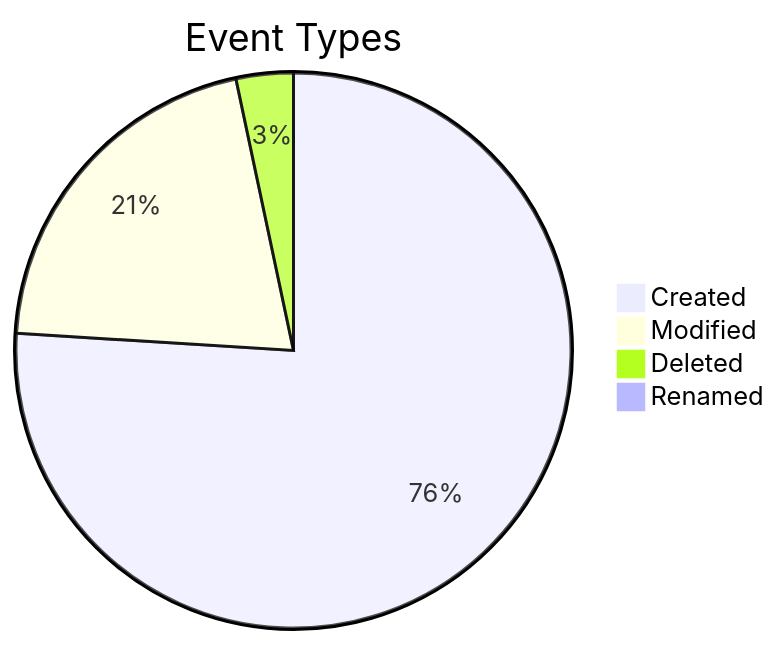
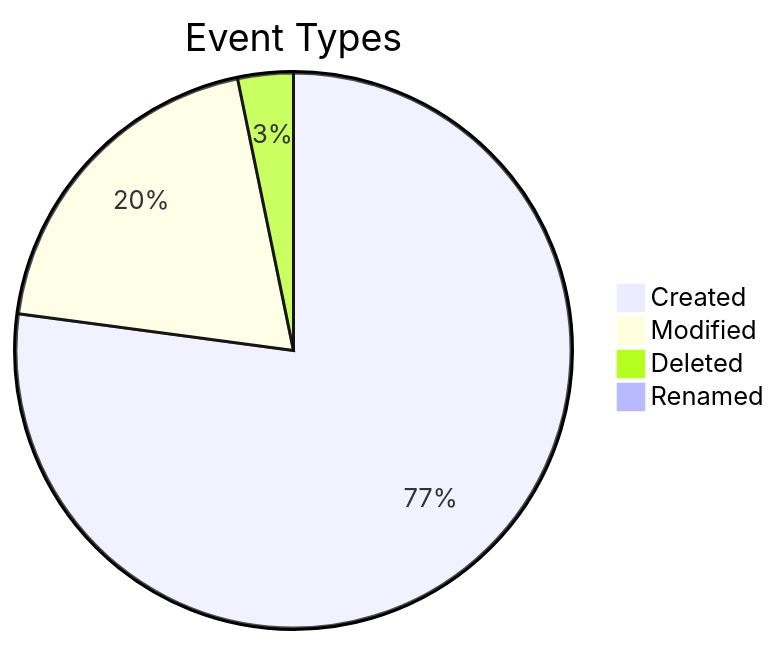
One commit to aetrigg/obsidian-universe-public changed the diagram in OBSERVATORIES/Activity Observatory.md. Above: the diagram before and after it, drawn with Mermaid. The commit also changed other lines of this file, not shown here.

````diff
--- a/OBSERVATORIES/Activity Observatory.md
+++ b/OBSERVATORIES/Activity Observatory.md
@@ -32,8 +32,8 @@
 ```mermaid
 pie
     title Event Types
-    "Created" : 19408
-    "Modified" : 5282
+    "Created" : 20281
+    "Modified" : 5171
     "Deleted" : 849
     "Renamed" : 96
 ```
````
